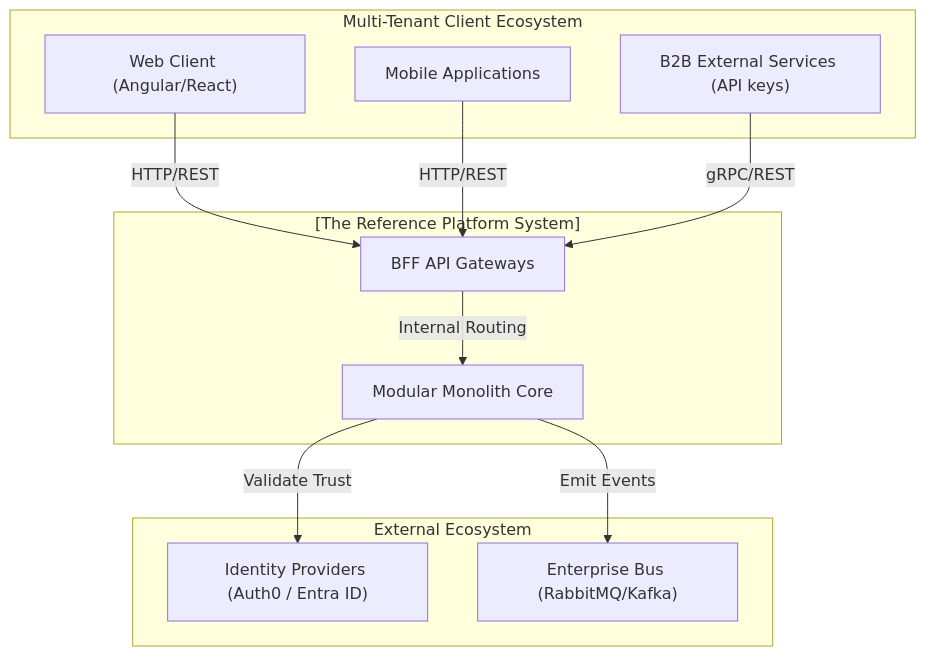
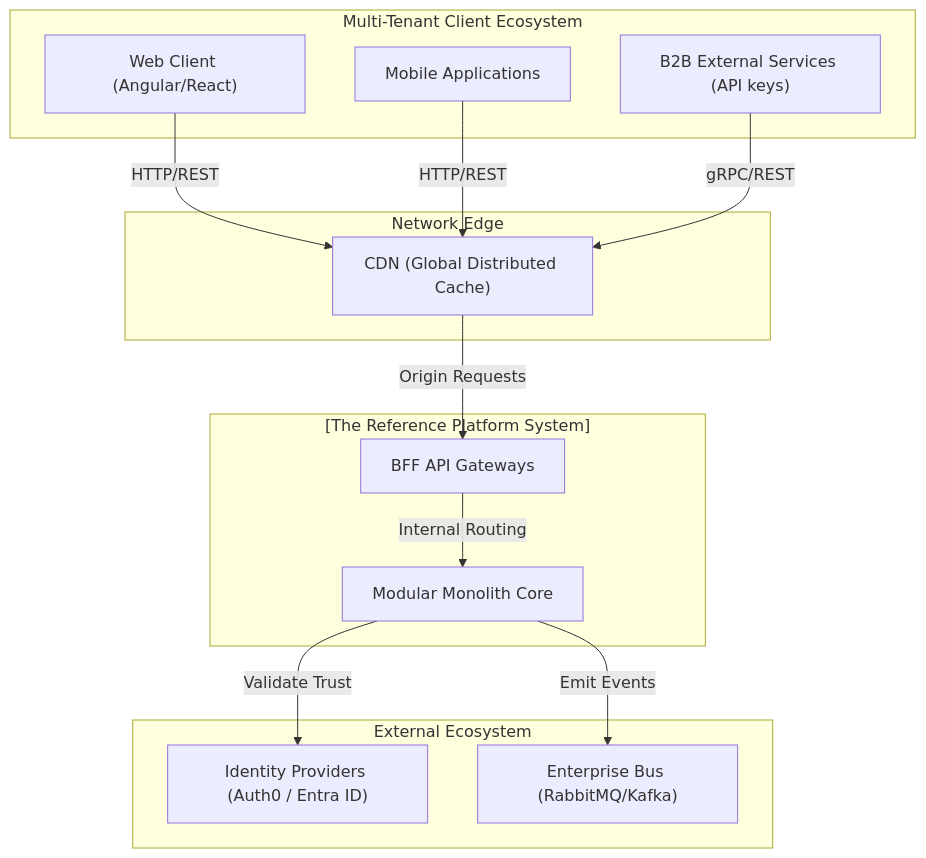
Before and after one commit to beyondnetcode/arc32_nodejs_progresive_monolith: the first of 3 diagrams in arc-nodejs-workspace/docs/02-architecture/architecture-spec.md, drawn with Mermaid. The commit also changed other lines of this file and 2 other files, not shown here.

Commit message:
docs(cache): evolve caching strategy to 3-Tier Architecture (CDN + BFF Redis + Core Redis) in ADR-0014 and update C4 master diagrams

````diff
--- a/arc-nodejs-workspace/docs/02-architecture/architecture-spec.md
+++ b/arc-nodejs-workspace/docs/02-architecture/architecture-spec.md
@@ -12,26 +12,32 @@
 ```mermaid
 graph TD
     subgraph Clients["Multi-Tenant Client Ecosystem"]
         WebPortal["Web Client (Angular/React)"]
         MobileApp["Mobile Applications"]
         ThirdParty["B2B External Services (API keys)"]
+    end
+
+    subgraph EdgeNet["Network Edge"]
+        CDN["CDN (Global Distributed Cache)"]
     end
 
     subgraph CoreSystem["[The Reference Platform System]"]
         MainCore["Modular Monolith Core"]
         BFFGateway["BFF API Gateways"]
     end
 
     subgraph ExternalDependencies["External Ecosystem"]
         ExternalIdP["Identity Providers (Auth0 / Entra ID)"]
         MessageBus["Enterprise Bus (RabbitMQ/Kafka)"]
     end
 
-    WebPortal -->|HTTP/REST| BFFGateway
-    MobileApp -->|HTTP/REST| BFFGateway
-    ThirdParty -->|gRPC/REST| BFFGateway
+    WebPortal -->|HTTP/REST| CDN
+    MobileApp -->|HTTP/REST| CDN
+    ThirdParty -->|gRPC/REST| CDN
+    
+    CDN -->|Origin Requests| BFFGateway
     BFFGateway -->|Internal Routing| MainCore
     
     MainCore -->|Validate Trust| ExternalIdP
     MainCore -->|Emit Events| MessageBus
 ```
````
